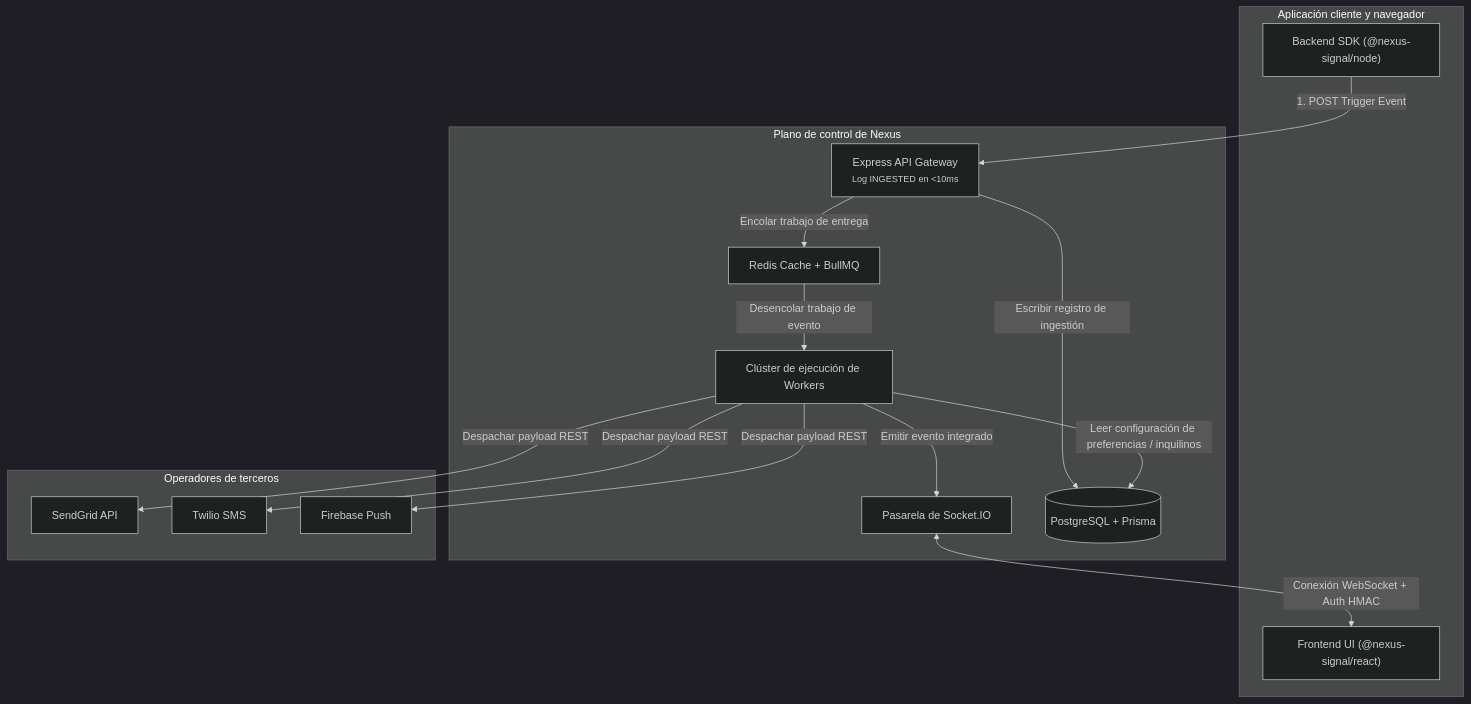
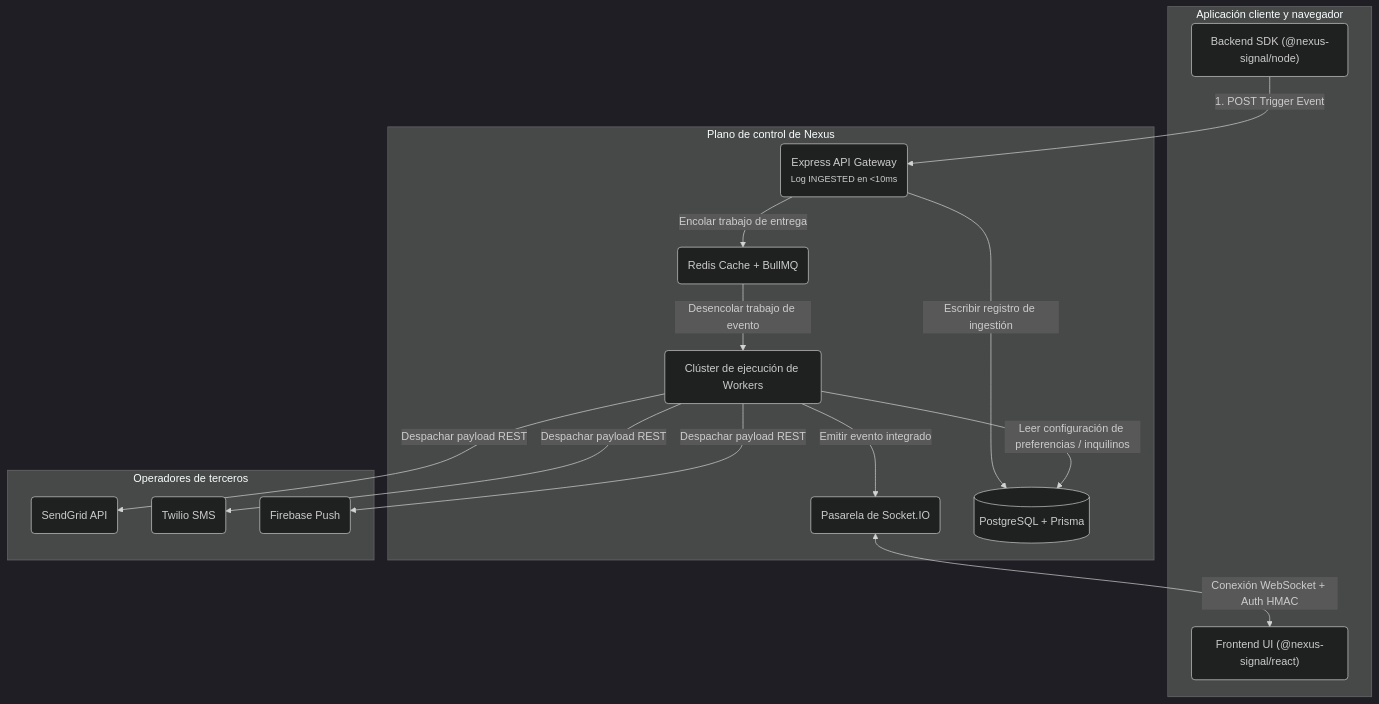
Before and after one commit to KriyanshKhunt/nexus_docs: the diagram in content/docs/es/platform/concepts/architecture.mdx, drawn with Mermaid (dark theme). The commit also changed 20 other files, not shown here.

Commit message:
Handle es Mermaid charts

````diff
--- a/content/docs/es/platform/concepts/architecture.mdx
+++ b/content/docs/es/platform/concepts/architecture.mdx
@@ -14,30 +14,30 @@
 ```mermaid
 flowchart TB
   subgraph Client [Aplicación cliente y navegador]
-    SDK["Backend SDK (@nexus-signal/node)"]
-    UI["Frontend UI (@nexus-signal/react)"]
+    SDK("Backend SDK (@nexus-signal/node)")
+    UI("Frontend UI (@nexus-signal/react)")
   end
 
   subgraph Nexus [Plano de control de Nexus]
-    API["Express API Gateway<br/><small>Log INGESTED en &lt;10ms</small>"]
-    Q["Redis Cache + BullMQ"]
-    W["Clúster de ejecución de Workers"]
-    WS["Pasarela de Socket.IO"]
+    API("Express API Gateway<br/><small>Log INGESTED en &lt;10ms</small>")
+    Q("Redis Cache + BullMQ")
+    W("Clúster de ejecución de Workers")
+    WS("Pasarela de Socket.IO")
     DB[(PostgreSQL + Prisma)]
   end
 
   subgraph Providers [Operadores de terceros]
-    SG[SendGrid API]
-    TW[Twilio SMS]
-    FCM[Firebase Push]
+    SG(SendGrid API)
+    TW(Twilio SMS)
+    FCM(Firebase Push)
   end
 
   SDK -->|1. POST Trigger Event| API
   API -->|Escribir registro de ingestión| DB
   API -->|Encolar trabajo de entrega| Q
   Q -->|Desencolar trabajo de evento| W
   W -->|Leer configuración de preferencias / inquilinos| DB
   W -->|Despachar payload REST| SG & TW & FCM
   W -->|Emitir evento integrado| WS
   WS <-->|Conexión WebSocket + Auth HMAC| UI
 ```
````
